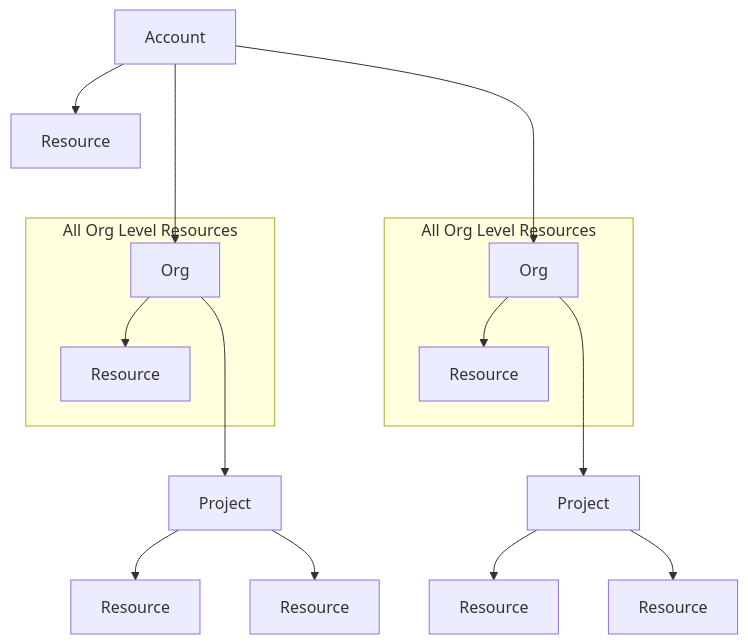
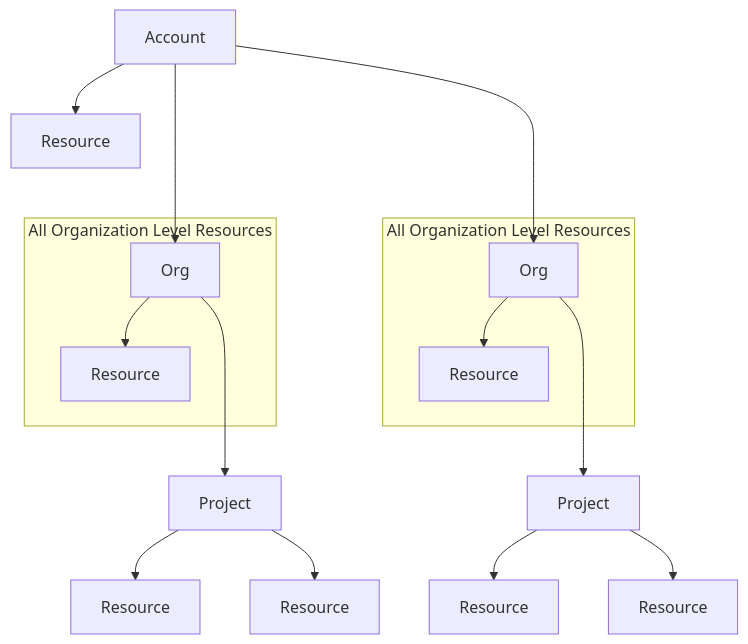
Before and after one commit to harness/developer-hub: the sixth of 7 diagrams in docs/platform/role-based-access-control/add-resource-groups.md, drawn with Mermaid. The commit also changed other lines of this file and 6 other files, not shown here.

````diff
--- a/docs/platform/role-based-access-control/add-resource-groups.md
+++ b/docs/platform/role-based-access-control/add-resource-groups.md
@@ -182,18 +206,18 @@
 ```mermaid
 flowchart TD
     A[Account]-->M[Resource]
     A--->B[Org]
     A--->C[Org]
-    subgraph All Org Level Resources
+    subgraph All Organization Level Resources
     B-->N[Resource]
     end
     B--->D[Project]
     D-->G[Resource]
     D-->H[Resource]
-    subgraph All Org Level Resources
+    subgraph All Organization Level Resources
     C-->F[Resource]
     end
     C--->E[Project]
     E-->I[Resource]
     E-->J[Resource]
 ```
````
